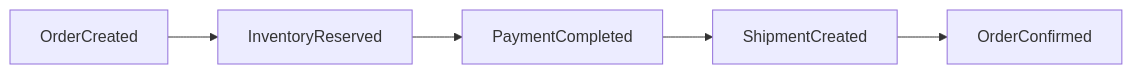
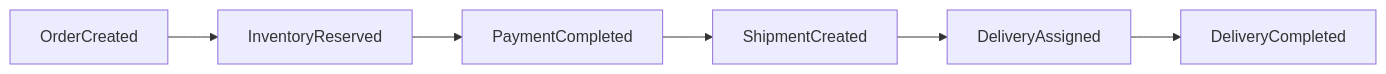
Before and after one commit to yassinefourati/smart-delivery-platform: the first of 2 diagrams in docs/saga.md, drawn with Mermaid. The commit also changed other lines of this file and 68 other files, not shown here.

````diff
--- a/docs/saga.md
+++ b/docs/saga.md
@@ -35,7 +36,8 @@
 ```mermaid
 flowchart LR
     A[OrderCreated] --> B[InventoryReserved]
     B --> C[PaymentCompleted]
     C --> D[ShipmentCreated]
-    D --> E[OrderConfirmed]
+    D --> E[DeliveryAssigned]
+    E --> F[DeliveryCompleted]
 ```
````
